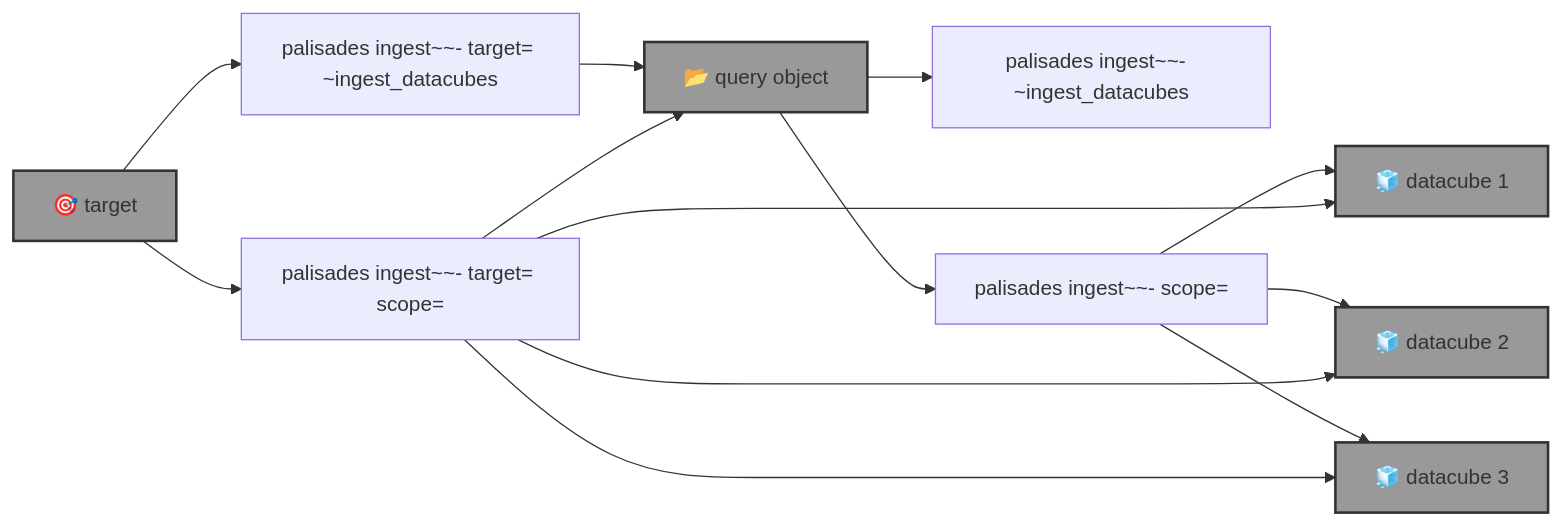
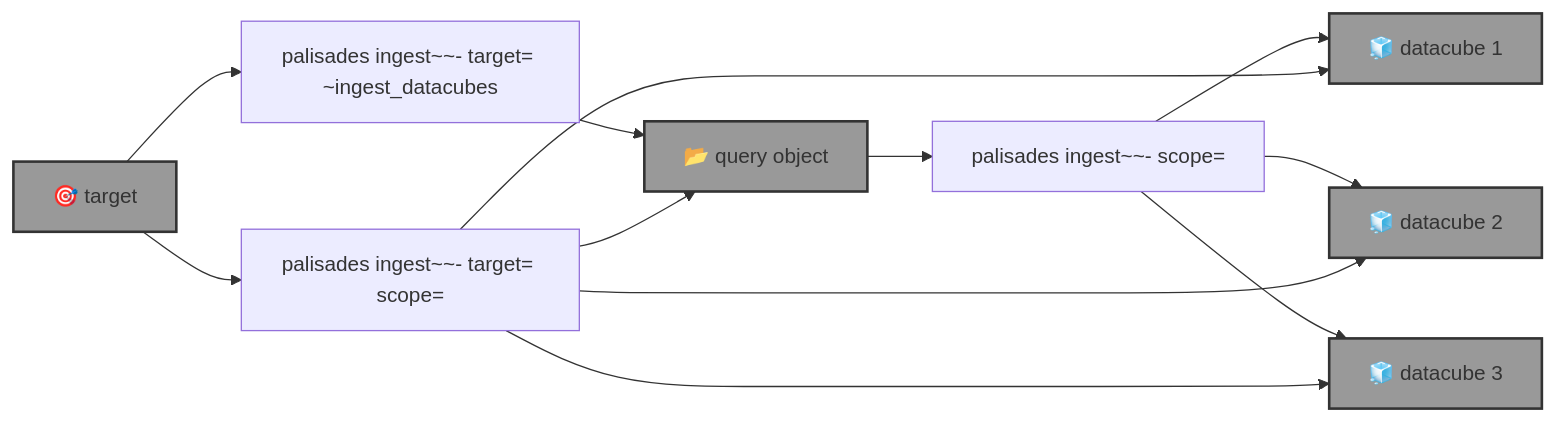
One commit to kamangir/blue-sandbox changed the diagram in blue_sandbox/palisades/template.md. Above: the diagram before and after it, drawn with Mermaid. The commit also changed 3 other files, not shown here.

````diff
--- a/blue_sandbox/palisades/template.md
+++ b/blue_sandbox/palisades/template.md
@@ -5,34 +5,30 @@
 ```mermaid
 graph LR
-    palisades_ingest_query["palisades ingest~~- <query-object-name> ~ingest_datacubes"]
-
     palisades_ingest_query_ingest["palisades ingest~~- <query-object-name> scope=<scope>"]
 
     palisades_ingest_target["palisades ingest~~- target=<target> ~ingest_datacubes"]
 
     palisades_ingest_target_ingest["palisades ingest~~- target=<target> scope=<scope>"]
 
     target["🎯 target"]:::folder
     query_object["📂 query object"]:::folder
     datacube_1["🧊 datacube 1"]:::folder
     datacube_2["🧊 datacube 2"]:::folder
     datacube_3["🧊 datacube 3"]:::folder
-
-    query_object --> palisades_ingest_query
 
     query_object --> palisades_ingest_query_ingest
     palisades_ingest_query_ingest --> datacube_1
     palisades_ingest_query_ingest --> datacube_2
     palisades_ingest_query_ingest --> datacube_3
 
     target --> palisades_ingest_target
     palisades_ingest_target --> query_object
 
     target --> palisades_ingest_target_ingest
     palisades_ingest_target_ingest --> query_object
     palisades_ingest_target_ingest --> datacube_1
     palisades_ingest_target_ingest --> datacube_2
     palisades_ingest_target_ingest --> datacube_3
 
     classDef folder fill:#999,stroke:#333,stroke-width:2px;
 ```
````
